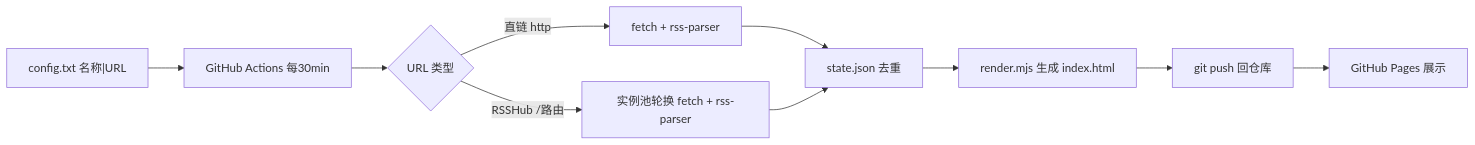
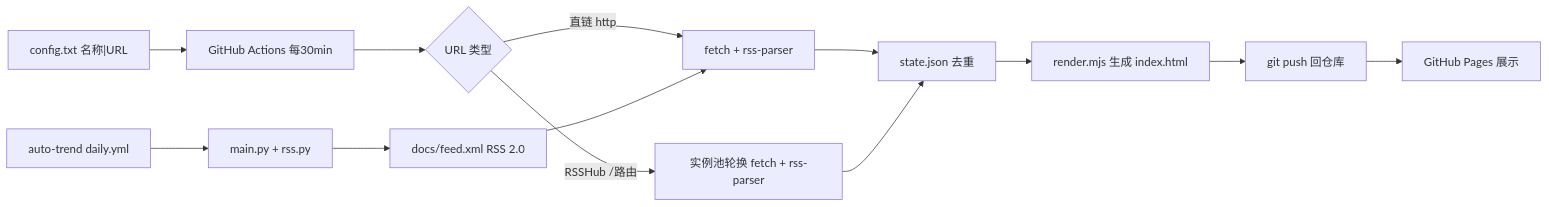
Before and after one commit to int2t05/rss-feed: the diagram in docs/tech.md, drawn with Mermaid. The commit also changed other lines of this file and 5 other files, not shown here.

First line of the commit message:
feat: 前端 UIUX 全量整改 + 日历视图 + FluxSift 接入

````diff
--- a/docs/tech.md
+++ b/docs/tech.md
@@ -5,12 +5,15 @@
 ```mermaid
 flowchart LR
     A["config.txt 名称|URL"] --> B[GitHub Actions 每30min]
     B --> C{URL 类型}
     C -->|直链 http| D[fetch + rss-parser]
     C -->|RSSHub /路由| E[实例池轮换 fetch + rss-parser]
     D --> F[state.json 去重]
     E --> F
     F --> G[render.mjs 生成 index.html]
     G --> H[git push 回仓库]
     H --> I[GitHub Pages 展示]
+    J["auto-trend daily.yml"] --> K["main.py + rss.py"]
+    K --> L["docs/feed.xml RSS 2.0"]
+    L --> D
 ```
````
